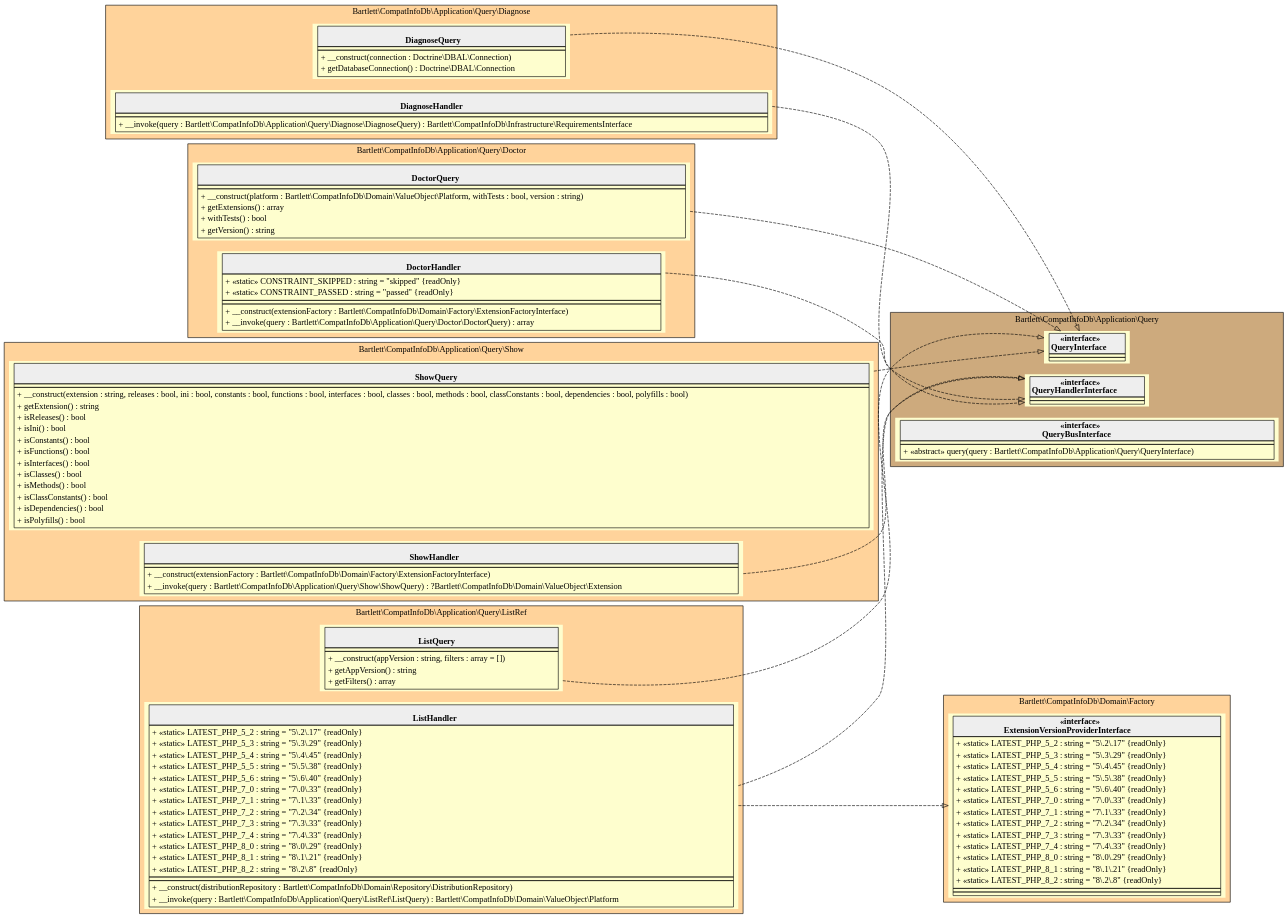
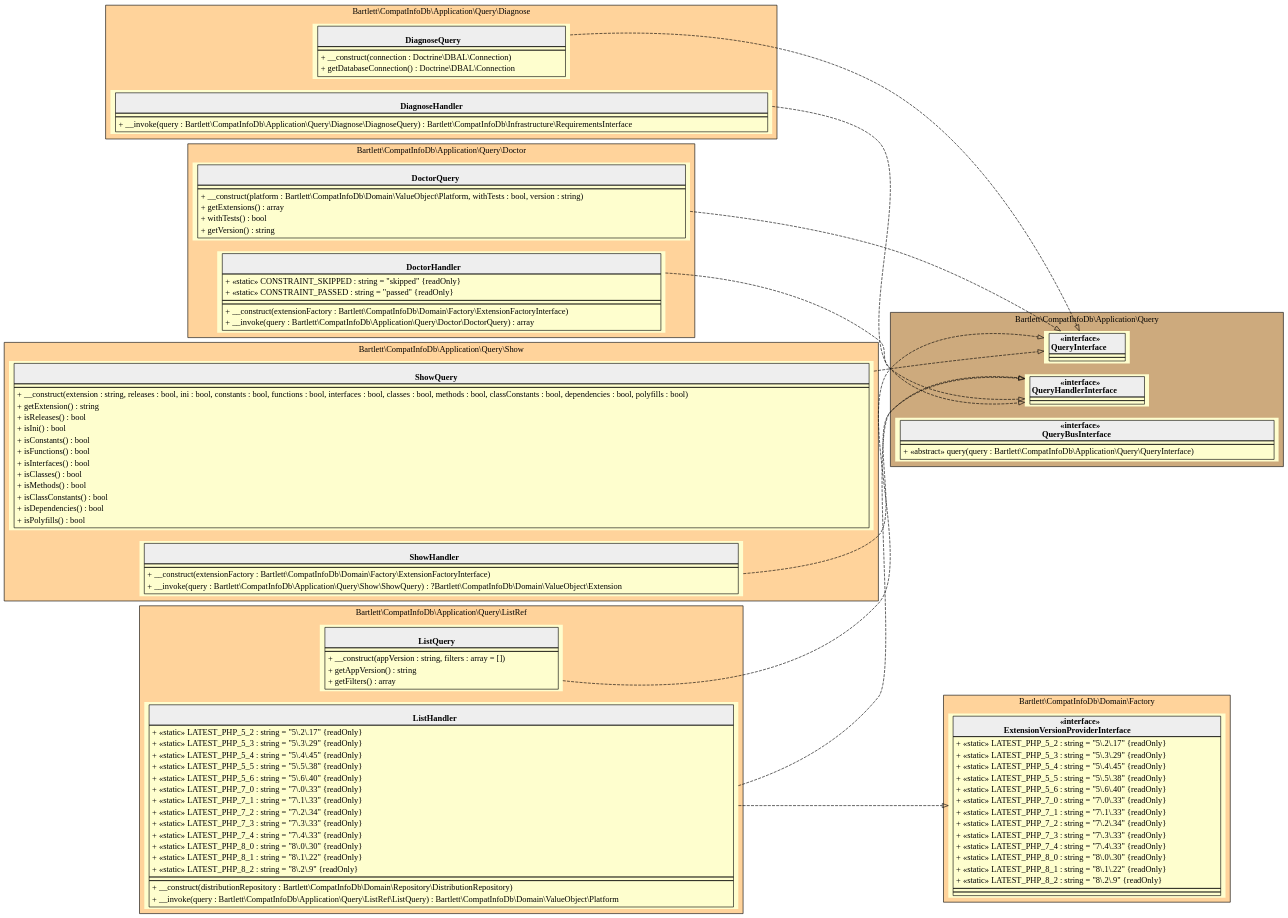
One commit to llaville/php-compatinfo-db changed the diagram in 5.x/assets/images/application-query.html.gv. Above: the diagram before and after it, drawn with Graphviz. The commit also changed 38 other files, not shown here.

```diff
--- a/5.x/assets/images/application-query.html.gv
+++ b/5.x/assets/images/application-query.html.gv
@@ -1,181 +1,181 @@
 digraph {
   graph [rankdir="LR" bgcolor="transparent"]
   node [fillcolor="#FEFECE" style="filled"]
   subgraph cluster_0 {
     graph [bgcolor="burlywood1"]
     label = "Bartlett\\CompatInfoDb\\Application\\Query\\Diagnose"
     "Bartlett\\CompatInfoDb\\Application\\Query\\Diagnose\\DiagnoseQuery" [shape="none" label=<
 <table cellspacing="0" border="0" cellborder="1">
     <tr><td bgcolor="#eeeeee"><b><br/>DiagnoseQuery</b></td></tr>
     <tr><td></td></tr>
     <tr><td><table border="0" cellspacing="0" cellpadding="2">
     <tr><td align="left">+ __construct(connection : Doctrine\\DBAL\\Connection)</td></tr>
     <tr><td align="left">+ getDatabaseConnection() : Doctrine\\DBAL\\Connection</td></tr>
 </table></td></tr>
 </table>>]
     "Bartlett\\CompatInfoDb\\Application\\Query\\Diagnose\\DiagnoseHandler" [shape="none" label=<
 <table cellspacing="0" border="0" cellborder="1">
     <tr><td bgcolor="#eeeeee"><b><br/>DiagnoseHandler</b></td></tr>
     <tr><td></td></tr>
     <tr><td><table border="0" cellspacing="0" cellpadding="2">
     <tr><td align="left">+ __invoke(query : Bartlett\\CompatInfoDb\\Application\\Query\\Diagnose\\DiagnoseQuery) : Bartlett\\CompatInfoDb\\Infrastructure\\RequirementsInterface</td></tr>
 </table></td></tr>
 </table>>]
   }
   subgraph cluster_1 {
     graph [bgcolor="burlywood3"]
     label = "Bartlett\\CompatInfoDb\\Application\\Query"
     "Bartlett\\CompatInfoDb\\Application\\Query\\QueryInterface" [shape="none" label=<
 <table cellspacing="0" border="0" cellborder="1">
     <tr><td bgcolor="#eeeeee"><b>«interface»<br/>QueryInterface</b></td></tr>
     <tr><td></td></tr>
     <tr><td></td></tr>
 </table>>]
     "Bartlett\\CompatInfoDb\\Application\\Query\\QueryHandlerInterface" [shape="none" label=<
 <table cellspacing="0" border="0" cellborder="1">
     <tr><td bgcolor="#eeeeee"><b>«interface»<br/>QueryHandlerInterface</b></td></tr>
     <tr><td></td></tr>
     <tr><td></td></tr>
 </table>>]
     "Bartlett\\CompatInfoDb\\Application\\Query\\QueryBusInterface" [shape="none" label=<
 <table cellspacing="0" border="0" cellborder="1">
     <tr><td bgcolor="#eeeeee"><b>«interface»<br/>QueryBusInterface</b></td></tr>
     <tr><td></td></tr>
     <tr><td><table border="0" cellspacing="0" cellpadding="2">
     <tr><td align="left">+ «abstract» query(query : Bartlett\\CompatInfoDb\\Application\\Query\\QueryInterface)</td></tr>
 </table></td></tr>
 </table>>]
   }
   subgraph cluster_2 {
     graph [bgcolor="burlywood1"]
     label = "Bartlett\\CompatInfoDb\\Application\\Query\\Doctor"
     "Bartlett\\CompatInfoDb\\Application\\Query\\Doctor\\DoctorQuery" [shape="none" label=<
 <table cellspacing="0" border="0" cellborder="1">
     <tr><td bgcolor="#eeeeee"><b><br/>DoctorQuery</b></td></tr>
     <tr><td></td></tr>
     <tr><td><table border="0" cellspacing="0" cellpadding="2">
     <tr><td align="left">+ __construct(platform : Bartlett\\CompatInfoDb\\Domain\\ValueObject\\Platform, withTests : bool, version : string)</td></tr>
     <tr><td align="left">+ getExtensions() : array</td></tr>
     <tr><td align="left">+ withTests() : bool</td></tr>
     <tr><td align="left">+ getVersion() : string</td></tr>
 </table></td></tr>
 </table>>]
     "Bartlett\\CompatInfoDb\\Application\\Query\\Doctor\\DoctorHandler" [shape="none" label=<
 <table cellspacing="0" border="0" cellborder="1">
     <tr><td bgcolor="#eeeeee"><b><br/>DoctorHandler</b></td></tr>
     <tr><td><table border="0" cellspacing="0" cellpadding="2">
     <tr><td align="left">+ «static» CONSTRAINT_SKIPPED : string = "skipped" {readOnly}</td></tr>
     <tr><td align="left">+ «static» CONSTRAINT_PASSED : string = "passed" {readOnly}</td></tr>
 </table></td></tr>
     <tr><td></td></tr>
     <tr><td><table border="0" cellspacing="0" cellpadding="2">
     <tr><td align="left">+ __construct(extensionFactory : Bartlett\\CompatInfoDb\\Domain\\Factory\\ExtensionFactoryInterface)</td></tr>
     <tr><td align="left">+ __invoke(query : Bartlett\\CompatInfoDb\\Application\\Query\\Doctor\\DoctorQuery) : array</td></tr>
 </table></td></tr>
 </table>>]
   }
   subgraph cluster_3 {
     graph [bgcolor="burlywood1"]
     label = "Bartlett\\CompatInfoDb\\Application\\Query\\ListRef"
     "Bartlett\\CompatInfoDb\\Application\\Query\\ListRef\\ListQuery" [shape="none" label=<
 <table cellspacing="0" border="0" cellborder="1">
     <tr><td bgcolor="#eeeeee"><b><br/>ListQuery</b></td></tr>
     <tr><td></td></tr>
     <tr><td><table border="0" cellspacing="0" cellpadding="2">
     <tr><td align="left">+ __construct(appVersion : string, filters : array = [])</td></tr>
     <tr><td align="left">+ getAppVersion() : string</td></tr>
     <tr><td align="left">+ getFilters() : array</td></tr>
 </table></td></tr>
 </table>>]
     "Bartlett\\CompatInfoDb\\Application\\Query\\ListRef\\ListHandler" [shape="none" label=<
 <table cellspacing="0" border="0" cellborder="1">
     <tr><td bgcolor="#eeeeee"><b><br/>ListHandler</b></td></tr>
     <tr><td><table border="0" cellspacing="0" cellpadding="2">
     <tr><td align="left">+ «static» LATEST_PHP_5_2 : string = "5\.2\.17" {readOnly}</td></tr>
     <tr><td align="left">+ «static» LATEST_PHP_5_3 : string = "5\.3\.29" {readOnly}</td></tr>
     <tr><td align="left">+ «static» LATEST_PHP_5_4 : string = "5\.4\.45" {readOnly}</td></tr>
     <tr><td align="left">+ «static» LATEST_PHP_5_5 : string = "5\.5\.38" {readOnly}</td></tr>
     <tr><td align="left">+ «static» LATEST_PHP_5_6 : string = "5\.6\.40" {readOnly}</td></tr>
     <tr><td align="left">+ «static» LATEST_PHP_7_0 : string = "7\.0\.33" {readOnly}</td></tr>
     <tr><td align="left">+ «static» LATEST_PHP_7_1 : string = "7\.1\.33" {readOnly}</td></tr>
     <tr><td align="left">+ «static» LATEST_PHP_7_2 : string = "7\.2\.34" {readOnly}</td></tr>
     <tr><td align="left">+ «static» LATEST_PHP_7_3 : string = "7\.3\.33" {readOnly}</td></tr>
     <tr><td align="left">+ «static» LATEST_PHP_7_4 : string = "7\.4\.33" {readOnly}</td></tr>
-    <tr><td align="left">+ «static» LATEST_PHP_8_0 : string = "8\.0\.29" {readOnly}</td></tr>
-    <tr><td align="left">+ «static» LATEST_PHP_8_1 : string = "8\.1\.21" {readOnly}</td></tr>
-    <tr><td align="left">+ «static» LATEST_PHP_8_2 : string = "8\.2\.8" {readOnly}</td></tr>
+    <tr><td align="left">+ «static» LATEST_PHP_8_0 : string = "8\.0\.30" {readOnly}</td></tr>
+    <tr><td align="left">+ «static» LATEST_PHP_8_1 : string = "8\.1\.22" {readOnly}</td></tr>
+    <tr><td align="left">+ «static» LATEST_PHP_8_2 : string = "8\.2\.9" {readOnly}</td></tr>
 </table></td></tr>
     <tr><td></td></tr>
     <tr><td><table border="0" cellspacing="0" cellpadding="2">
     <tr><td align="left">+ __construct(distributionRepository : Bartlett\\CompatInfoDb\\Domain\\Repository\\DistributionRepository)</td></tr>
     <tr><td align="left">+ __invoke(query : Bartlett\\CompatInfoDb\\Application\\Query\\ListRef\\ListQuery) : Bartlett\\CompatInfoDb\\Domain\\ValueObject\\Platform</td></tr>
 </table></td></tr>
 </table>>]
   }
   subgraph cluster_4 {
     graph [bgcolor="burlywood1"]
     label = "Bartlett\\CompatInfoDb\\Domain\\Factory"
     "Bartlett\\CompatInfoDb\\Domain\\Factory\\ExtensionVersionProviderInterface" [shape="none" label=<
 <table cellspacing="0" border="0" cellborder="1">
     <tr><td bgcolor="#eeeeee"><b>«interface»<br/>ExtensionVersionProviderInterface</b></td></tr>
     <tr><td><table border="0" cellspacing="0" cellpadding="2">
     <tr><td align="left">+ «static» LATEST_PHP_5_2 : string = "5\.2\.17" {readOnly}</td></tr>
     <tr><td align="left">+ «static» LATEST_PHP_5_3 : string = "5\.3\.29" {readOnly}</td></tr>
     <tr><td align="left">+ «static» LATEST_PHP_5_4 : string = "5\.4\.45" {readOnly}</td></tr>
     <tr><td align="left">+ «static» LATEST_PHP_5_5 : string = "5\.5\.38" {readOnly}</td></tr>
     <tr><td align="left">+ «static» LATEST_PHP_5_6 : string = "5\.6\.40" {readOnly}</td></tr>
     <tr><td align="left">+ «static» LATEST_PHP_7_0 : string = "7\.0\.33" {readOnly}</td></tr>
     <tr><td align="left">+ «static» LATEST_PHP_7_1 : string = "7\.1\.33" {readOnly}</td></tr>
     <tr><td align="left">+ «static» LATEST_PHP_7_2 : string = "7\.2\.34" {readOnly}</td></tr>
     <tr><td align="left">+ «static» LATEST_PHP_7_3 : string = "7\.3\.33" {readOnly}</td></tr>
     <tr><td align="left">+ «static» LATEST_PHP_7_4 : string = "7\.4\.33" {readOnly}</td></tr>
-    <tr><td align="left">+ «static» LATEST_PHP_8_0 : string = "8\.0\.29" {readOnly}</td></tr>
-    <tr><td align="left">+ «static» LATEST_PHP_8_1 : string = "8\.1\.21" {readOnly}</td></tr>
-    <tr><td align="left">+ «static» LATEST_PHP_8_2 : string = "8\.2\.8" {readOnly}</td></tr>
+    <tr><td align="left">+ «static» LATEST_PHP_8_0 : string = "8\.0\.30" {readOnly}</td></tr>
+    <tr><td align="left">+ «static» LATEST_PHP_8_1 : string = "8\.1\.22" {readOnly}</td></tr>
+    <tr><td align="left">+ «static» LATEST_PHP_8_2 : string = "8\.2\.9" {readOnly}</td></tr>
 </table></td></tr>
     <tr><td></td></tr>
     <tr><td></td></tr>
 </table>>]
   }
   subgraph cluster_5 {
     graph [bgcolor="burlywood1"]
     label = "Bartlett\\CompatInfoDb\\Application\\Query\\Show"
     "Bartlett\\CompatInfoDb\\Application\\Query\\Show\\ShowQuery" [shape="none" label=<
 <table cellspacing="0" border="0" cellborder="1">
     <tr><td bgcolor="#eeeeee"><b><br/>ShowQuery</b></td></tr>
     <tr><td></td></tr>
     <tr><td><table border="0" cellspacing="0" cellpadding="2">
     <tr><td align="left">+ __construct(extension : string, releases : bool, ini : bool, constants : bool, functions : bool, interfaces : bool, classes : bool, methods : bool, classConstants : bool, dependencies : bool, polyfills : bool)</td></tr>
     <tr><td align="left">+ getExtension() : string</td></tr>
     <tr><td align="left">+ isReleases() : bool</td></tr>
     <tr><td align="left">+ isIni() : bool</td></tr>
     <tr><td align="left">+ isConstants() : bool</td></tr>
     <tr><td align="left">+ isFunctions() : bool</td></tr>
     <tr><td align="left">+ isInterfaces() : bool</td></tr>
     <tr><td align="left">+ isClasses() : bool</td></tr>
     <tr><td align="left">+ isMethods() : bool</td></tr>
     <tr><td align="left">+ isClassConstants() : bool</td></tr>
     <tr><td align="left">+ isDependencies() : bool</td></tr>
     <tr><td align="left">+ isPolyfills() : bool</td></tr>
 </table></td></tr>
 </table>>]
     "Bartlett\\CompatInfoDb\\Application\\Query\\Show\\ShowHandler" [shape="none" label=<
 <table cellspacing="0" border="0" cellborder="1">
     <tr><td bgcolor="#eeeeee"><b><br/>ShowHandler</b></td></tr>
     <tr><td></td></tr>
     <tr><td><table border="0" cellspacing="0" cellpadding="2">
     <tr><td align="left">+ __construct(extensionFactory : Bartlett\\CompatInfoDb\\Domain\\Factory\\ExtensionFactoryInterface)</td></tr>
     <tr><td align="left">+ __invoke(query : Bartlett\\CompatInfoDb\\Application\\Query\\Show\\ShowQuery) : ?Bartlett\\CompatInfoDb\\Domain\\ValueObject\\Extension</td></tr>
 </table></td></tr>
 </table>>]
   }
   "Bartlett\\CompatInfoDb\\Application\\Query\\Diagnose\\DiagnoseQuery" -> "Bartlett\\CompatInfoDb\\Application\\Query\\QueryInterface" [arrowhead="empty" style="dashed"]
   "Bartlett\\CompatInfoDb\\Application\\Query\\Diagnose\\DiagnoseHandler" -> "Bartlett\\CompatInfoDb\\Application\\Query\\QueryHandlerInterface" [arrowhead="empty" style="dashed"]
   "Bartlett\\CompatInfoDb\\Application\\Query\\Doctor\\DoctorQuery" -> "Bartlett\\CompatInfoDb\\Application\\Query\\QueryInterface" [arrowhead="empty" style="dashed"]
   "Bartlett\\CompatInfoDb\\Application\\Query\\Doctor\\DoctorHandler" -> "Bartlett\\CompatInfoDb\\Application\\Query\\QueryHandlerInterface" [arrowhead="empty" style="dashed"]
   "Bartlett\\CompatInfoDb\\Application\\Query\\ListRef\\ListQuery" -> "Bartlett\\CompatInfoDb\\Application\\Query\\QueryInterface" [arrowhead="empty" style="dashed"]
   "Bartlett\\CompatInfoDb\\Application\\Query\\ListRef\\ListHandler" -> "Bartlett\\CompatInfoDb\\Application\\Query\\QueryHandlerInterface" [arrowhead="empty" style="dashed"]
   "Bartlett\\CompatInfoDb\\Application\\Query\\ListRef\\ListHandler" -> "Bartlett\\CompatInfoDb\\Domain\\Factory\\ExtensionVersionProviderInterface" [arrowhead="empty" style="dashed"]
   "Bartlett\\CompatInfoDb\\Application\\Query\\Show\\ShowQuery" -> "Bartlett\\CompatInfoDb\\Application\\Query\\QueryInterface" [arrowhead="empty" style="dashed"]
   "Bartlett\\CompatInfoDb\\Application\\Query\\Show\\ShowHandler" -> "Bartlett\\CompatInfoDb\\Application\\Query\\QueryHandlerInterface" [arrowhead="empty" style="dashed"]
 }
```
